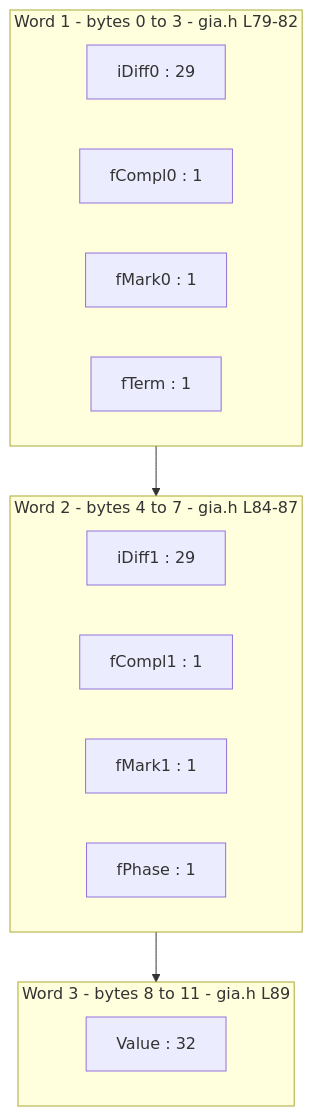
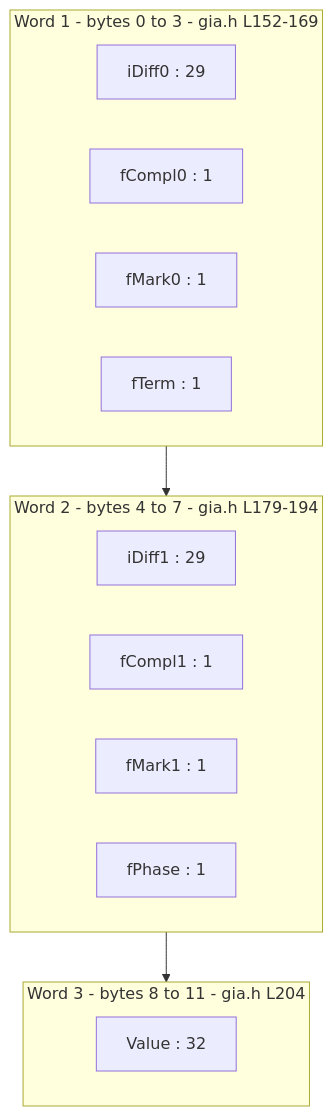
The second of 10 diagrams in src/aig/gia/README.md (blitzy-research/abc), drawn with Mermaid before and after one commit. The commit also changed other lines of this file and 5 other files, not shown here.

````diff
--- a/src/aig/gia/README.md
+++ b/src/aig/gia/README.md
@@ -255,19 +256,19 @@
 ```mermaid
 graph TD
-    subgraph W1["Word 1 - bytes 0 to 3 - gia.h L79-82"]
+    subgraph W1["Word 1 - bytes 0 to 3 - gia.h L152-169"]
         A0["iDiff0 : 29"]
         A1["fCompl0 : 1"]
         A2["fMark0 : 1"]
         A3["fTerm : 1"]
     end
-    subgraph W2["Word 2 - bytes 4 to 7 - gia.h L84-87"]
+    subgraph W2["Word 2 - bytes 4 to 7 - gia.h L179-194"]
         B0["iDiff1 : 29"]
         B1["fCompl1 : 1"]
         B2["fMark1 : 1"]
         B3["fPhase : 1"]
     end
-    subgraph W3["Word 3 - bytes 8 to 11 - gia.h L89"]
+    subgraph W3["Word 3 - bytes 8 to 11 - gia.h L204"]
         C0["Value : 32"]
     end
     W1 --> W2 --> W3
 ```
````
